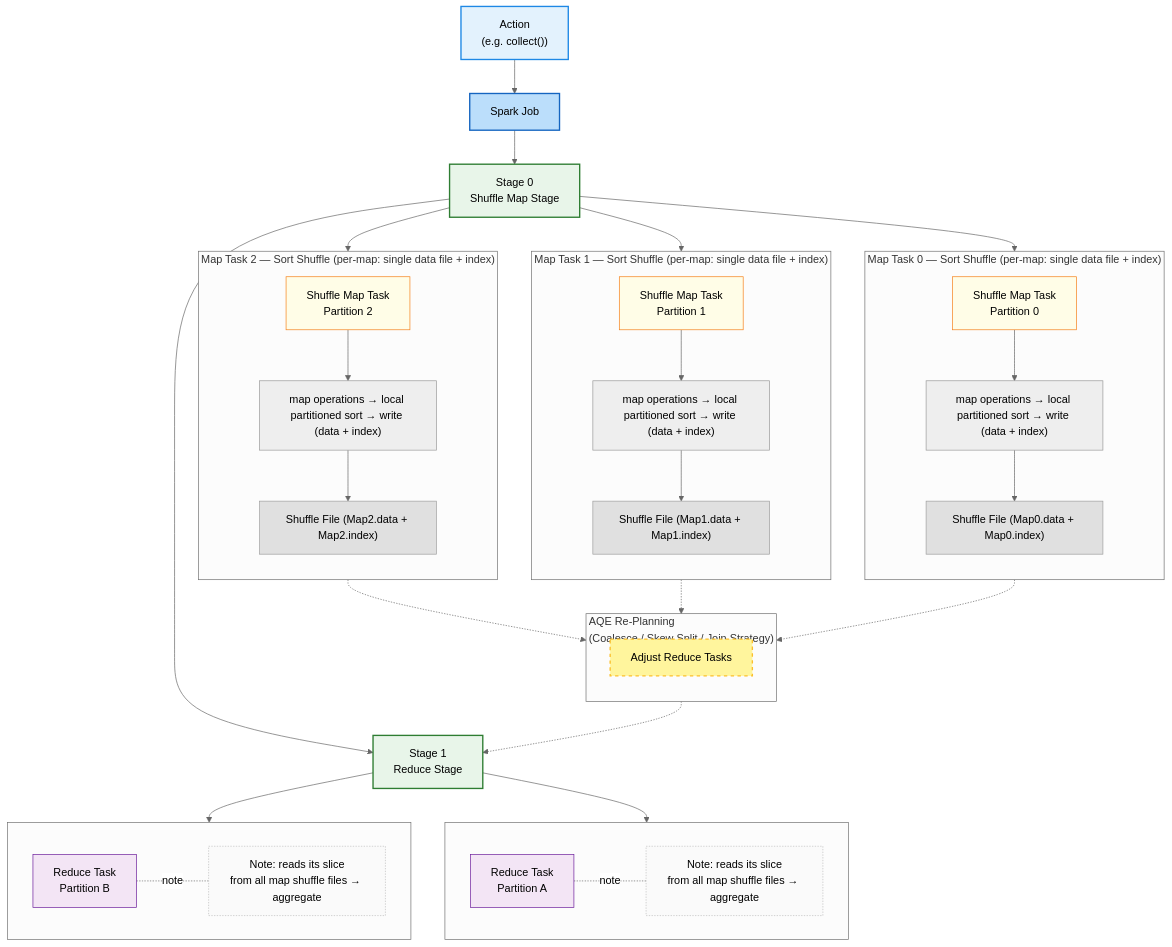
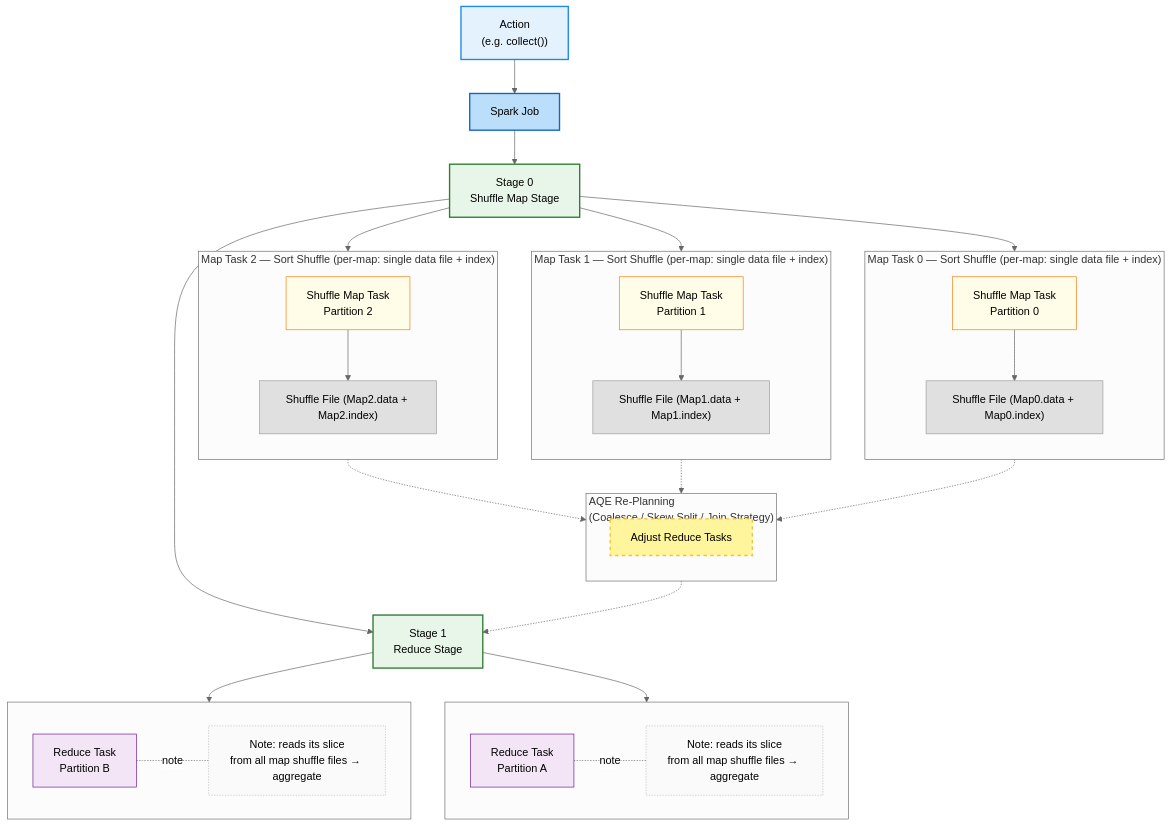
The second of 9 diagrams in README.md (blaire101/Spark-Journey-2025), drawn with Mermaid (neutral theme) before and after one commit.

```diff
--- a/README.md
+++ b/README.md
@@ -107,24 +107,21 @@
     subgraph SB0["Map Task 0 — Sort Shuffle (per-map: single data file + index)"]
         direction TB
         T1["Shuffle Map Task<br>Partition 0"]
-        T1 --> M1["map operations → local partitioned sort → write (data + index)"]
-        M1 --> SF1["Shuffle File (Map0.data + Map0.index)"]
+        T1 --> SF1["Shuffle File (Map0.data + Map0.index)"]
     end
 
     %% ===== Map1: Sort-based Shuffle 子图 =====
     subgraph SB1["Map Task 1 — Sort Shuffle (per-map: single data file + index)"]
         direction TB
         T2["Shuffle Map Task<br>Partition 1"]
-        T2 --> M2["map operations → local partitioned sort → write (data + index)"]
-        M2 --> SF2["Shuffle File (Map1.data + Map1.index)"]
+        T2 --> SF2["Shuffle File (Map1.data + Map1.index)"]
     end
 
     %% ===== Map2: Sort-based Shuffle 子图 =====
     subgraph SB2["Map Task 2 — Sort Shuffle (per-map: single data file + index)"]
         direction TB
         T3["Shuffle Map Task<br>Partition 2"]
-        T3 --> M3["map operations → local partitioned sort → write (data + index)"]
-        M3 --> SF3["Shuffle File (Map2.data + Map2.index)"]
+        T3 --> SF3["Shuffle File (Map2.data + Map2.index)"]
     end
 
     %% Stage0 指向各 Map 任务（在子图内）
```
